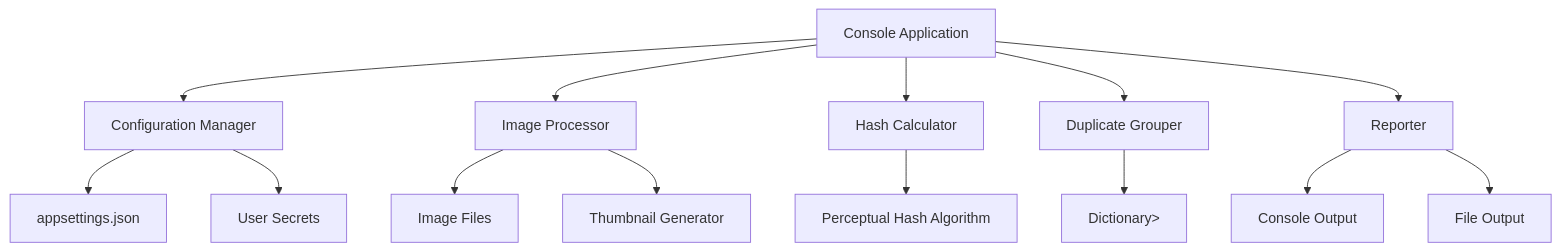
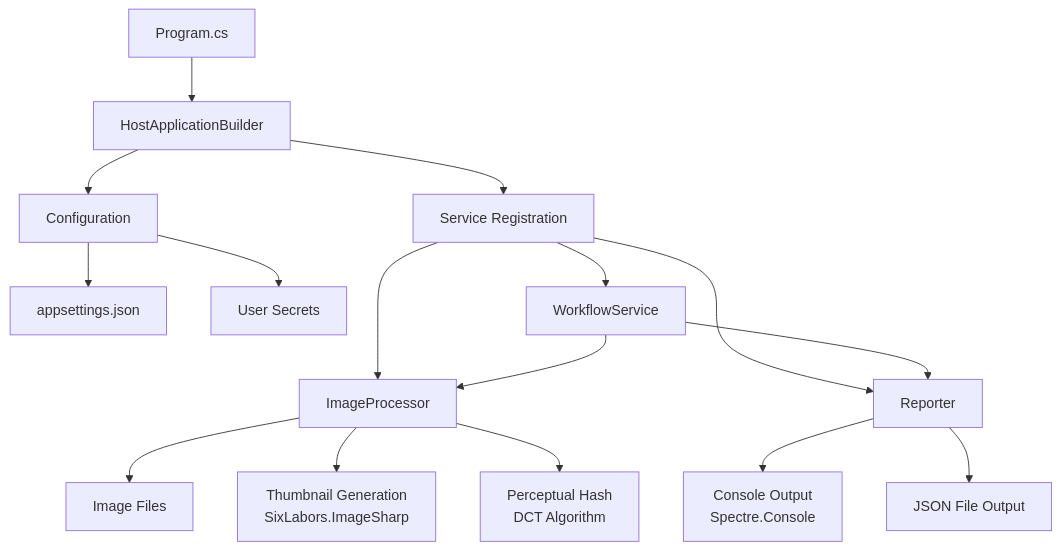
One commit to GambitKZ/Image-Duplicate-Searcher changed the diagram in .spec-workflow/architecture.md. Above: the diagram before and after it, drawn with Mermaid. The commit also changed other lines of this file and 89 other files, not shown here.

````diff
--- a/.spec-workflow/architecture.md
+++ b/.spec-workflow/architecture.md
@@ -7,21 +7,23 @@
 ```mermaid
 graph TD
-    A[Console Application] --> B[Configuration Manager]
-    A --> C[Image Processor]
-    A --> D[Hash Calculator]
-    A --> E[Duplicate Grouper]
-    A --> F[Reporter]
+    A[Program.cs] --> B[HostApplicationBuilder]
+    B --> C[Configuration]
+    B --> D[Service Registration]
     
-    B --> G[appsettings.json]
-    B --> H[User Secrets]
+    C --> E[appsettings.json]
+    C --> F[User Secrets]
     
-    C --> I[Image Files]
-    C --> J[Thumbnail Generator]
+    D --> G[WorkflowService]
+    D --> H[ImageProcessor]
+    D --> I[Reporter]
     
-    D --> K[Perceptual Hash Algorithm]
+    G --> H
+    G --> I
     
-    E --> L[Dictionary<Hash, List<ImageName>>]
+    H --> J[Image Files]
+    H --> K[Thumbnail Generation<br/>SixLabors.ImageSharp]
+    H --> L[Perceptual Hash<br/>DCT Algorithm]
     
-    F --> M[Console Output]
-    F --> N[File Output]
+    I --> M[Console Output<br/>Spectre.Console]
+    I --> N[JSON File Output]
 ```
````
